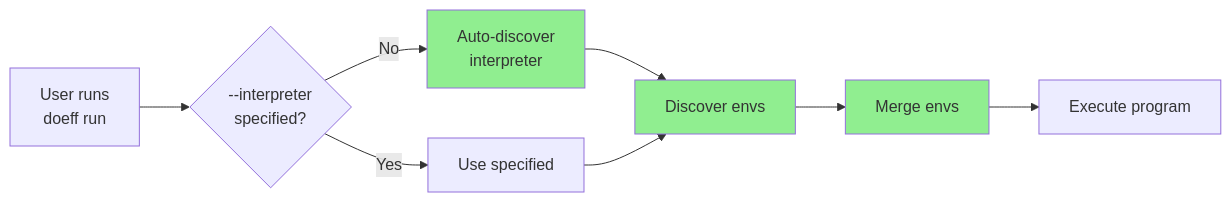
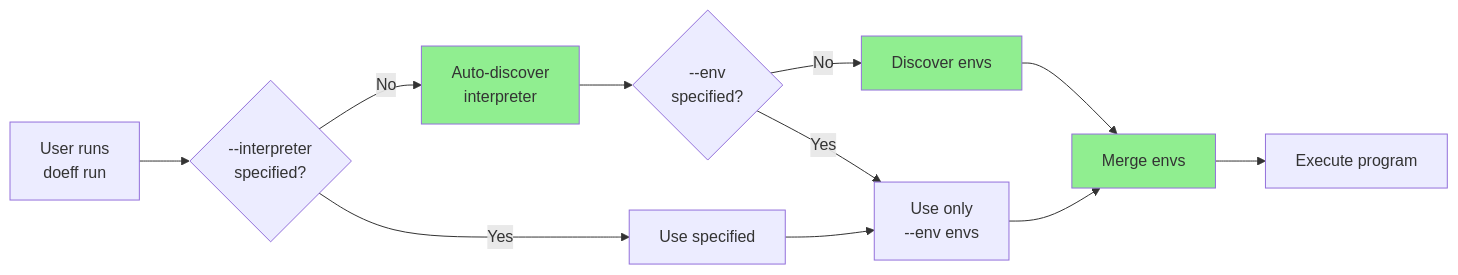
Before and after one commit to proboscis/doeff: the third of 6 diagrams in docs/14-cli-auto-discovery.md, drawn with Mermaid. The commit also changed other lines of this file, not shown here.

````diff
--- a/docs/14-cli-auto-discovery.md
+++ b/docs/14-cli-auto-discovery.md
@@ -166,14 +202,17 @@
 ```mermaid
 graph LR
     A[User runs<br/>doeff run] --> B{--interpreter<br/>specified?}
     B -->|No| C[Auto-discover<br/>interpreter]
     B -->|Yes| D[Use specified]
-    C --> E[Discover envs]
-    D --> E
+    C --> X{--env<br/>specified?}
+    X -->|No| E[Discover envs]
+    X -->|Yes| Y[Use only<br/>--env envs]
+    D --> Y
     E --> F[Merge envs]
+    Y --> F
     F --> G[Execute program]
 
     style C fill:#90EE90
     style E fill:#90EE90
     style F fill:#90EE90
 ```
````
